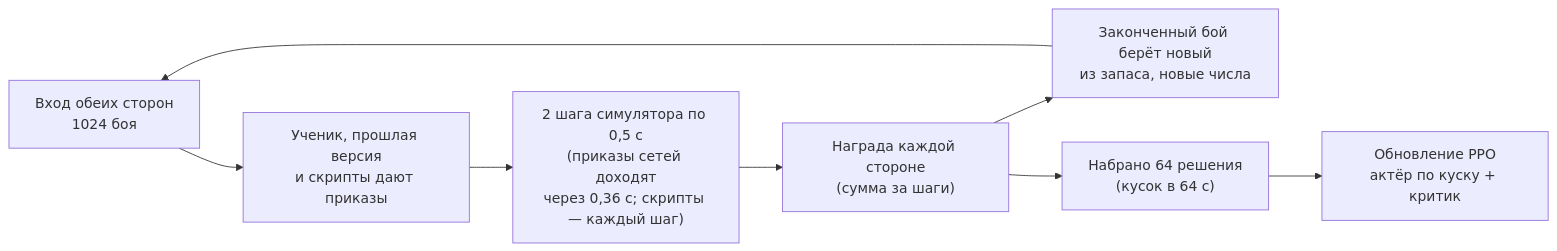
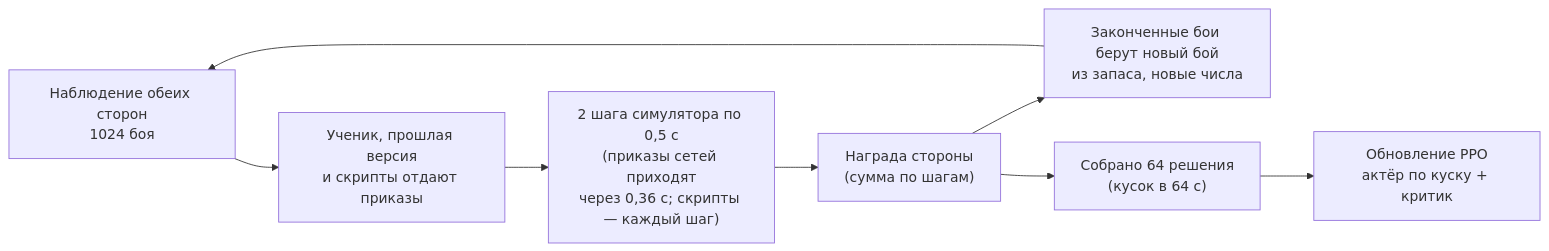
The diagram in docs/ru/training/training.md (DimaZero7/TWW3-batle-ai), drawn with Mermaid before and after one commit. The commit also changed other lines of this file and 28 other files, not shown here.

````diff
--- a/docs/ru/training/training.md
+++ b/docs/ru/training/training.md
@@ -323,10 +91,10 @@
 ```mermaid
 flowchart LR
-  obs["Вход обеих сторон<br/>1024 боя"] --> act["Ученик, прошлая версия<br/>и скрипты дают приказы"]
-  act --> step["2 шага симулятора по 0,5 с<br/>(приказы сетей доходят<br/>через 0,36 с; скрипты — каждый шаг)"]
-  step --> rew["Награда каждой стороне<br/>(сумма за шаги)"]
-  rew --> reset["Законченный бой берёт новый<br/>из запаса, новые числа"]
+  obs["Наблюдение обеих сторон<br/>1024 боя"] --> act["Ученик, прошлая версия<br/>и скрипты отдают приказы"]
+  act --> step["2 шага симулятора по 0,5 с<br/>(приказы сетей приходят<br/>через 0,36 с; скрипты — каждый шаг)"]
+  step --> rew["Награда стороны<br/>(сумма по шагам)"]
+  rew --> reset["Законченные бои берут новый бой<br/>из запаса, новые числа"]
   reset --> obs
-  rew --> buf["Набрано 64 решения<br/>(кусок в 64 с)"]
+  rew --> buf["Собрано 64 решения<br/>(кусок в 64 с)"]
   buf --> ppo["Обновление PPO<br/>актёр по куску + критик"]
 ```
````
